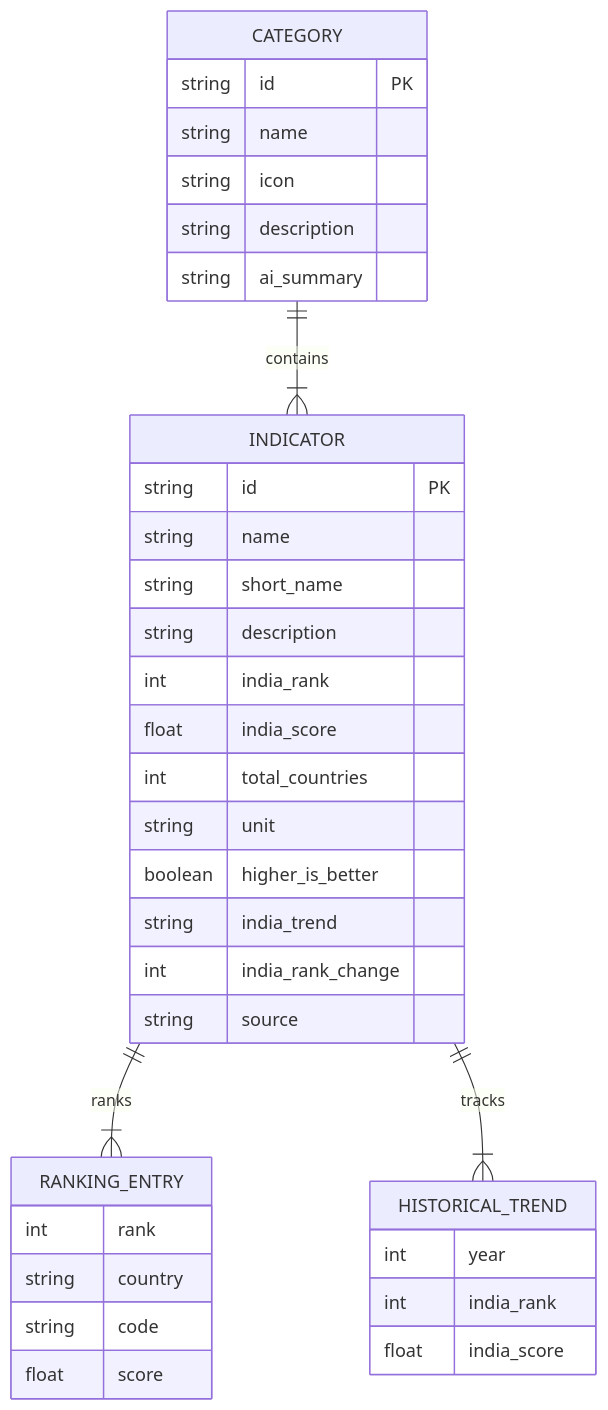
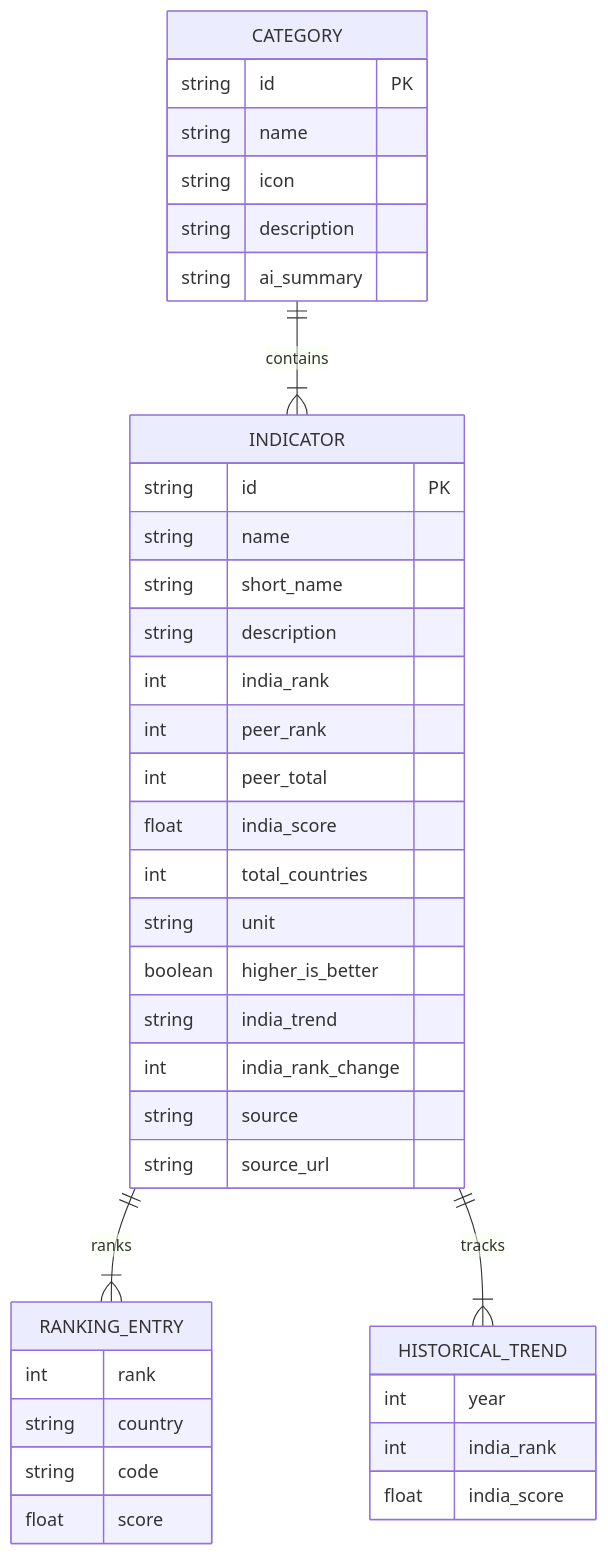
Before and after one commit to SoumyaSagarNayak/let-scode-challenge: the fifth of 7 diagrams in architecture.md, drawn with Mermaid. The commit also changed other lines of this file and 2 other files, not shown here.

````diff
--- a/architecture.md
+++ b/architecture.md
@@ -218,42 +222,45 @@
 ```mermaid
 erDiagram
     CATEGORY ||--|{ INDICATOR : contains
     INDICATOR ||--|{ RANKING_ENTRY : ranks
     INDICATOR ||--|{ HISTORICAL_TREND : tracks
 
     CATEGORY {
         string id PK
         string name
         string icon
         string description
         string ai_summary
     }
 
     INDICATOR {
         string id PK
         string name
         string short_name
         string description
         int india_rank
+        int peer_rank
+        int peer_total
         float india_score
         int total_countries
         string unit
         boolean higher_is_better
         string india_trend
         int india_rank_change
         string source
+        string source_url
     }
 
     RANKING_ENTRY {
         int rank
         string country
         string code
         float score
     }
 
     HISTORICAL_TREND {
         int year
         int india_rank
         float india_score
     }
 ```
````
